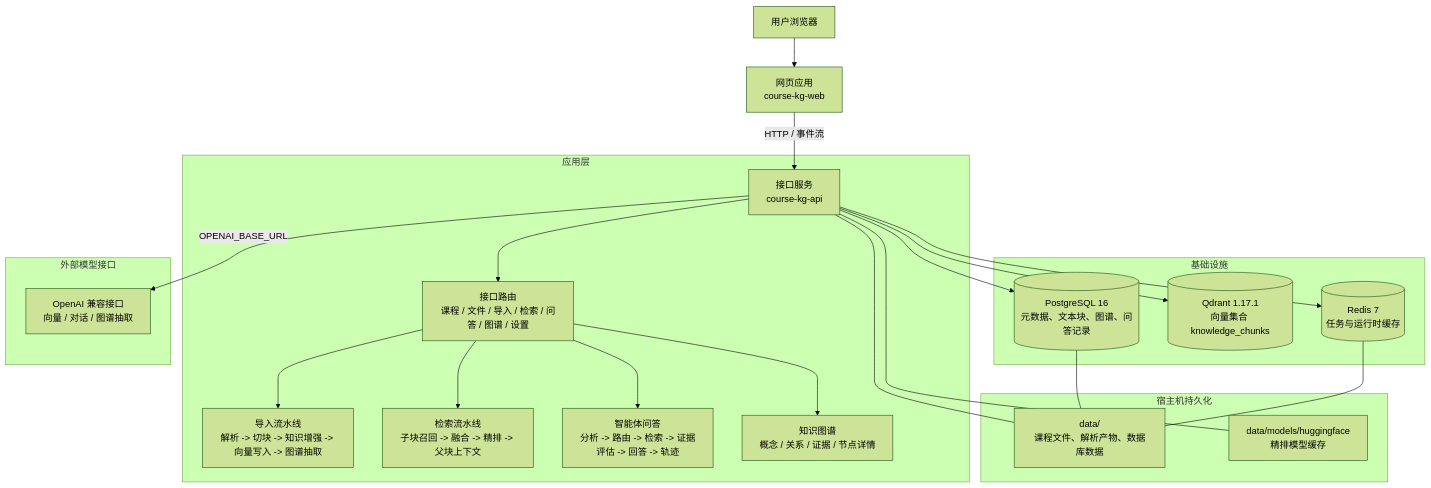
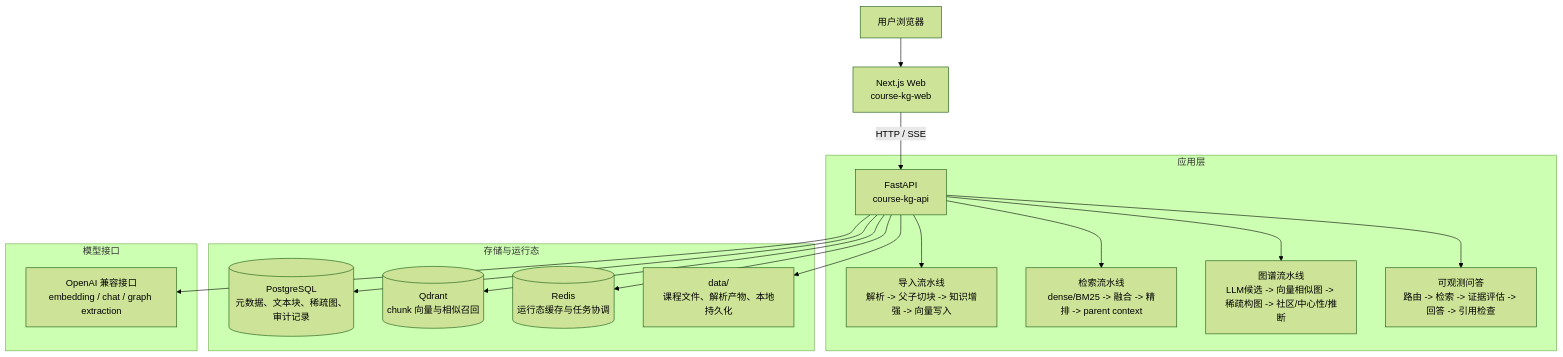
One commit to Sggggt/DialoGraph changed the first of 5 diagrams in README.md. Above: the diagram before and after it, drawn with Mermaid (forest theme). The commit also changed other lines of this file and 38 other files, not shown here.

Commit message:
v4.0: 图谱生成重要升级，主要引入了RNN+KNN新型构图算法和社区分析

````diff
--- a/README.md
+++ b/README.md
@@ -46,37 +60,29 @@
 ```mermaid
 flowchart TB
-    USER["用户浏览器"] --> WEB["网页应用<br/>course-kg-web"]
-    WEB -->|"HTTP / 事件流"| API["接口服务<br/>course-kg-api"]
+    USER["用户浏览器"] --> WEB["Next.js Web<br/>course-kg-web"]
+    WEB -->|"HTTP / SSE"| API["FastAPI<br/>course-kg-api"]
 
     subgraph APP["应用层"]
-        API --> ROUTES["接口路由<br/>课程 / 文件 / 导入 / 检索 / 问答 / 图谱 / 设置"]
-        ROUTES --> INGEST["导入流水线<br/>解析 -> 切块 -> 知识增强 -> 向量写入 -> 图谱抽取"]
-        ROUTES --> SEARCH["检索流水线<br/>子块召回 -> 融合 -> 精排 -> 父块上下文"]
-        ROUTES --> AGENT["智能体问答<br/>分析 -> 路由 -> 检索 -> 证据评估 -> 回答 -> 轨迹"]
-        ROUTES --> GRAPH["知识图谱<br/>概念 / 关系 / 证据 / 节点详情"]
+        API --> INGEST["导入流水线<br/>解析 -> 父子切块 -> 知识增强 -> 向量写入"]
+        API --> RETRIEVAL["检索流水线<br/>dense/BM25 -> 融合 -> 精排 -> parent context"]
+        API --> GRAPH["图谱流水线<br/>LLM候选 -> 向量相似图 -> 稀疏构图 -> 社区/中心性/推断"]
+        API --> QA["可观测问答<br/>路由 -> 检索 -> 证据评估 -> 回答 -> 引用检查"]
     end
 
-    subgraph INFRA["基础设施"]
-        POSTGRES[("PostgreSQL 16<br/>元数据、文本块、图谱、问答记录")]
-        QDRANT[("Qdrant 1.17.1<br/>向量集合 knowledge_chunks")]
-        REDIS[("Redis 7<br/>任务与运行时缓存")]
+    subgraph STORE["存储与运行态"]
+        PG[("PostgreSQL<br/>元数据、文本块、稀疏图、审计记录")]
+        QD[("Qdrant<br/>chunk 向量与相似召回")]
+        RD[("Redis<br/>运行态缓存与任务协调")]
+        FS["data/<br/>课程文件、解析产物、本地持久化"]
     end
 
-    subgraph STORAGE["宿主机持久化"]
-        DATA["data/<br/>课程文件、解析产物、数据库数据"]
-        MODEL_CACHE["data/models/huggingface<br/>精排模型缓存"]
+    subgraph MODEL["模型接口"]
+        LLM["OpenAI 兼容接口<br/>embedding / chat / graph extraction"]
     end
 
-    subgraph MODEL["外部模型接口"]
-        LLM["OpenAI 兼容接口<br/>向量 / 对话 / 图谱抽取"]
-    end
-
-    API --> POSTGRES
-    API --> QDRANT
-    API --> REDIS
-    API -->|"OPENAI_BASE_URL"| LLM
-    API --- DATA
-    API --- MODEL_CACHE
-    POSTGRES --- DATA
-    REDIS --- DATA
+    API --> PG
+    API --> QD
+    API --> RD
+    API --> FS
+    API --> LLM
 ```
````
